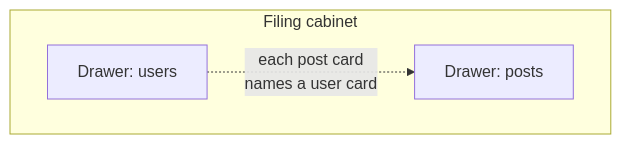
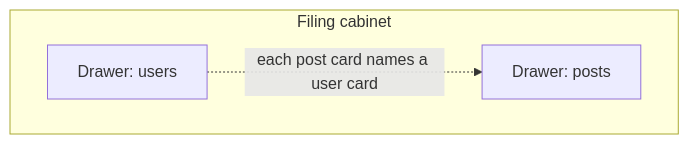
Before and after one commit to Khrafts-INC/ship-your-first-thing: the first of 4 diagrams in diagrams/where-data-lives.md, drawn with Mermaid. The commit also changed other lines of this file and 3 other files, not shown here.

First line of the commit message:
fix(01): rewrite sequenceDiagram Notes + flowchart edge labels as single-line text

````diff
--- a/diagrams/where-data-lives.md
+++ b/diagrams/where-data-lives.md
@@ -11,9 +11,9 @@
 ```mermaid
 flowchart TB
   subgraph Cabinet[Filing cabinet]
     direction LR
     UsersDrawer["Drawer: users"]
     PostsDrawer["Drawer: posts"]
-    UsersDrawer -.->|each post card<br>names a user card| PostsDrawer
+    UsersDrawer -.->|each post card names a user card| PostsDrawer
   end
 ```
````
